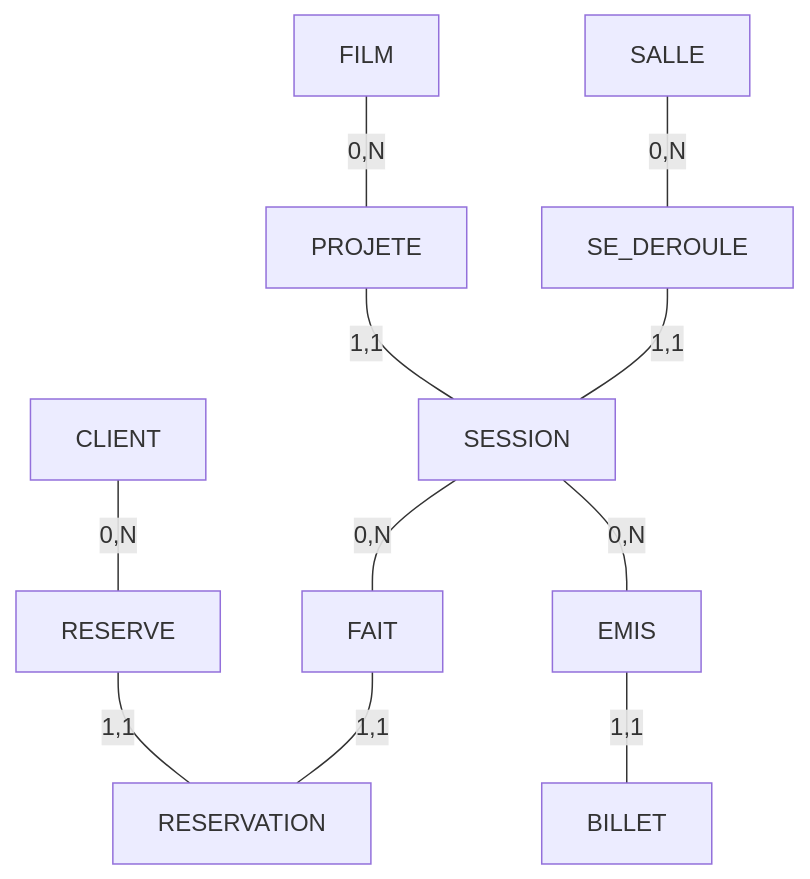
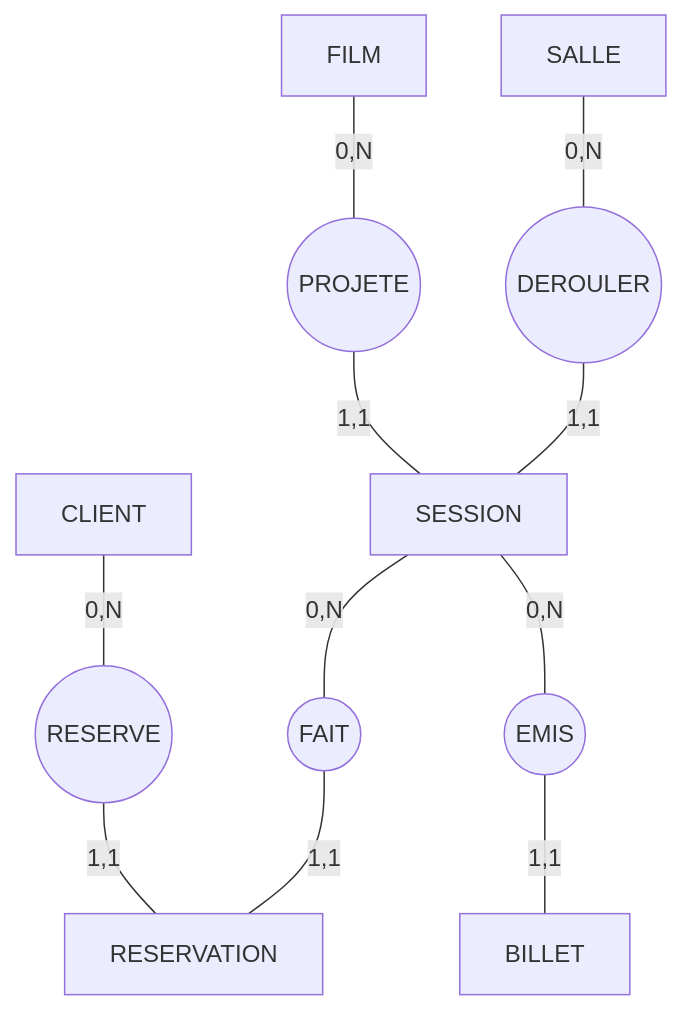
One commit to EFP-DEV/1-X75-LDB changed the diagram in solution/session_04_2.md. Above: the diagram before and after it, drawn with Mermaid. The commit also changed other lines of this file, not shown here.

````diff
--- a/solution/session_04_2.md
+++ b/solution/session_04_2.md
@@ -144,35 +33,35 @@
 ```mermaid
 graph TD
     FILM["FILM"]
-    
+
     SALLE["SALLE"]
-    
+
     SESSION["SESSION"]
-    
+
     CLIENT["CLIENT"]
-    
+
     RESERVATION["RESERVATION"]
-    
+
     BILLET["BILLET"]
-    
-    PROJETE["PROJETE"]
-    SE_DEROULE["SE_DEROULE"]
-    FAIT["FAIT"]
-    RESERVE["RESERVE"]
-    EMIS["EMIS"]
-    
+
+    PROJETE(("PROJETE"))
+    SE_DEROULE(("DEROULER"))
+    FAIT(("FAIT"))
+    RESERVE(("RESERVE"))
+    EMIS(("EMIS"))
+
     FILM --- |"0,N"| PROJETE
     PROJETE --- |"1,1"| SESSION
 
     SALLE --- |"0,N"| SE_DEROULE
     SE_DEROULE --- |"1,1"| SESSION
 
     CLIENT --- |"0,N"| RESERVE
     RESERVE --- |"1,1"| RESERVATION
 
     SESSION --- |"0,N"| FAIT
     FAIT --- |"1,1"| RESERVATION
 
     SESSION --- |"0,N"| EMIS
     EMIS --- |"1,1"| BILLET
 ```
````
